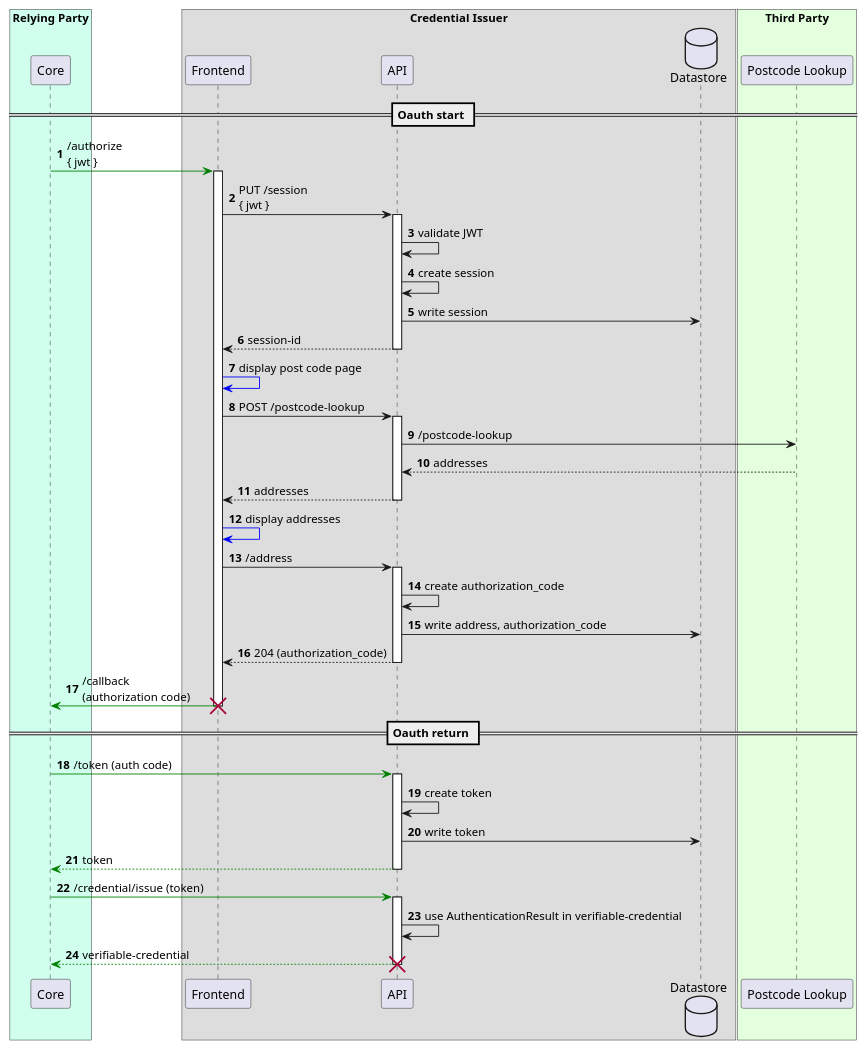
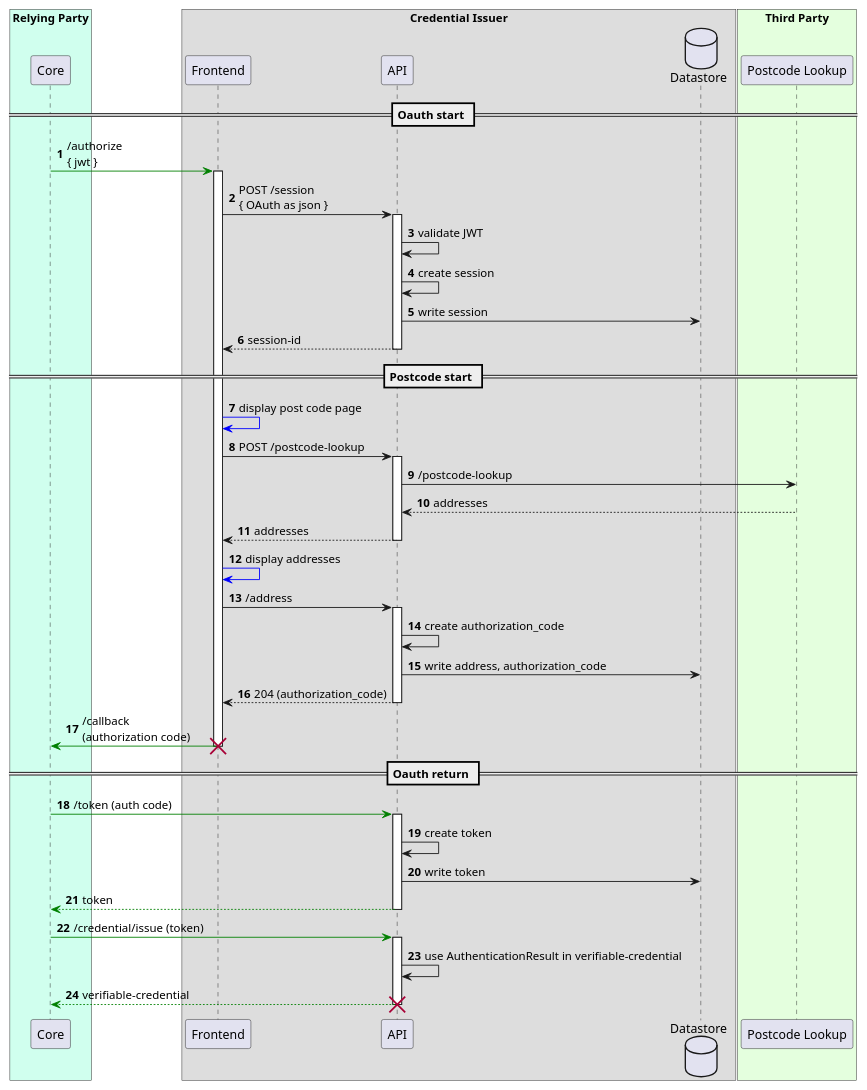
The diagram in doc/api.puml (govuk-one-login/ipv-cri-address-api), drawn with PlantUML before and after one commit. The commit also changed 1 other file, not shown here.

Commit message:
Change the session API verb to POST, to make it the same as the KBV session API

```diff
--- a/doc/api.puml
+++ b/doc/api.puml
@@ -1,69 +1,69 @@
 @startuml
 'https://plantuml.com/sequence-diagram
 
 autonumber
 skinparam backgroundColor #ffffff
 
 'actor User
 box "Relying Party" #d0ffee
 participant Core as core
 end box
 
 box "Credential Issuer"
 participant Frontend as fe
 participant API as api
 database Datastore as db
 
 box "Third Party" #e4ffde
 participant "Postcode Lookup" as pcl
 end box
 == Oauth start ==
 
 core -[#green]> fe : /authorize\n{ jwt }
 activate fe
 
-fe -> api: PUT /session\n{ jwt }
+fe -> api: POST /session\n{ OAuth as json }
 activate api
 api -> api: validate JWT
 api -> api: create session
 api -> db: write session
 return session-id
 
-
+== Postcode start ==
 
 fe-[#blue]>fe: display post code page
 
 fe -> api: POST /postcode-lookup
 activate api
 api->pcl: /postcode-lookup
 api<--pcl: addresses
 return addresses
 
 fe-[#blue]>fe: display addresses
 
 fe->api: /address
 activate api
 
 api -> api: create authorization_code
 api -> db: write address, authorization_code
 return 204 (authorization_code)
 
 core <[#green]- fe: /callback\n(authorization code)
 destroy fe
 == Oauth return ==
 
 
 
 core -[#green]> api: /token (auth code)
 activate api
 api -> api: create token
 api -> db: write token
 return token
 core -[#green]> api: /credential/issue (token)
 activate api
 api -> api: use AuthenticationResult in verifiable-credential
 return verifiable-credential
 
 
 destroy api
 @enduml
```
